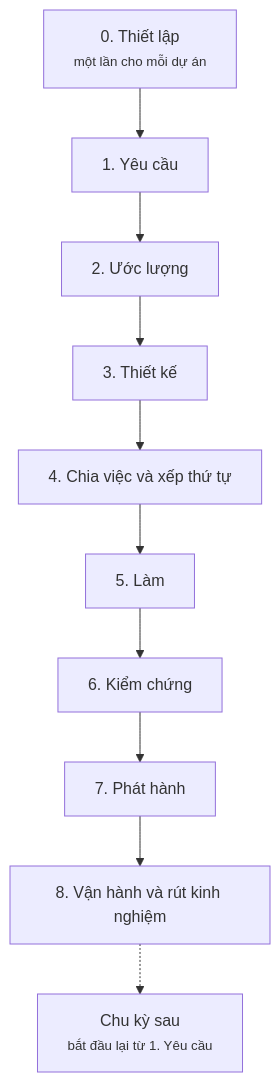
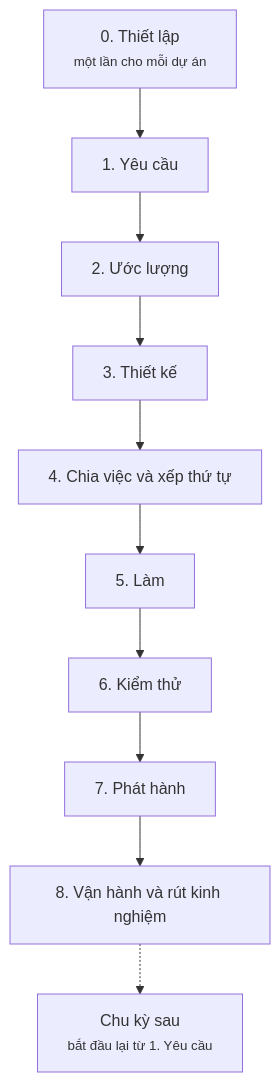
One commit to lamngockhuong/aiteamkit changed the first of 3 diagrams in docs/vi/flow/project-flow.md. Above: the diagram before and after it, drawn with Mermaid. The commit also changed other lines of this file and 24 other files, not shown here.

````diff
--- a/docs/vi/flow/project-flow.md
+++ b/docs/vi/flow/project-flow.md
@@ -17,12 +17,12 @@
 ```mermaid
 flowchart TD
     P0["0. Thiết lập<br/><small>một lần cho mỗi dự án</small>"] --> P1["1. Yêu cầu"]
     P1 --> P2["2. Ước lượng"]
     P2 --> P3["3. Thiết kế"]
     P3 --> P4["4. Chia việc và xếp thứ tự"]
     P4 --> P5["5. Làm"]
-    P5 --> P6["6. Kiểm chứng"]
+    P5 --> P6["6. Kiểm thử"]
     P6 --> P7["7. Phát hành"]
     P7 --> P8["8. Vận hành và rút kinh nghiệm"]
     P8 -.-> NC["Chu kỳ sau<br/><small>bắt đầu lại từ 1. Yêu cầu</small>"]
 ```
````
